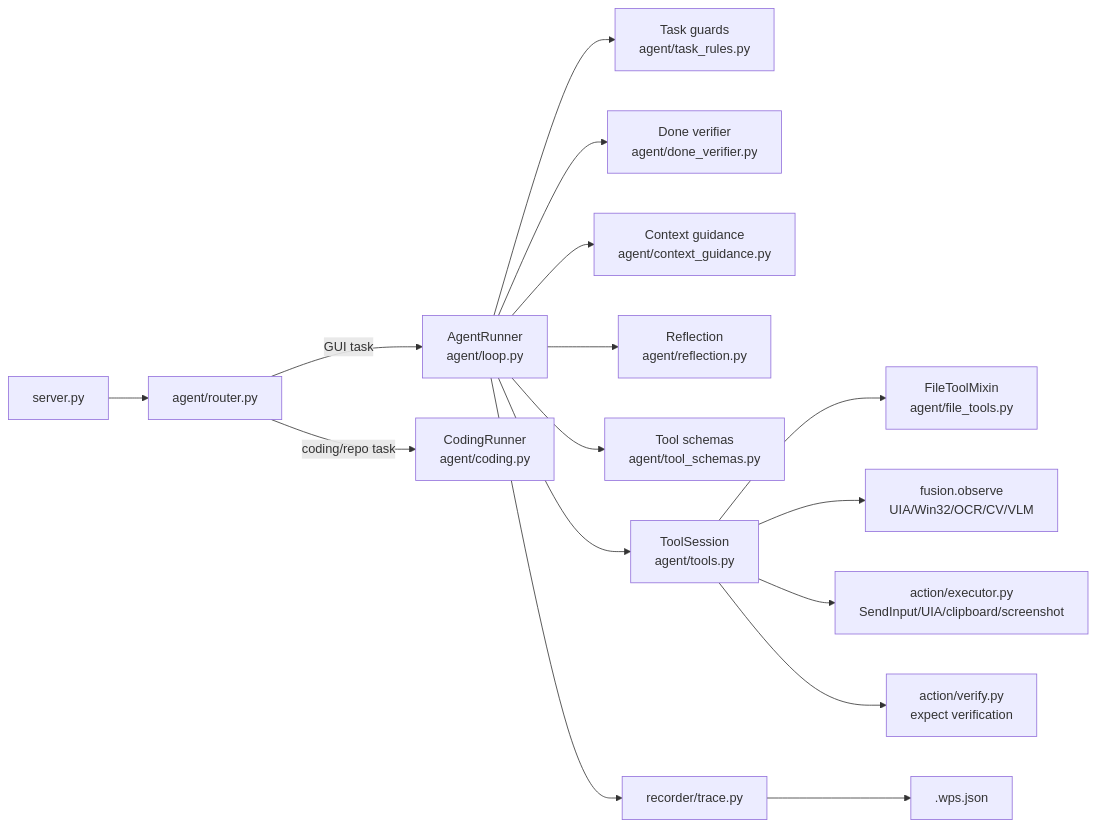
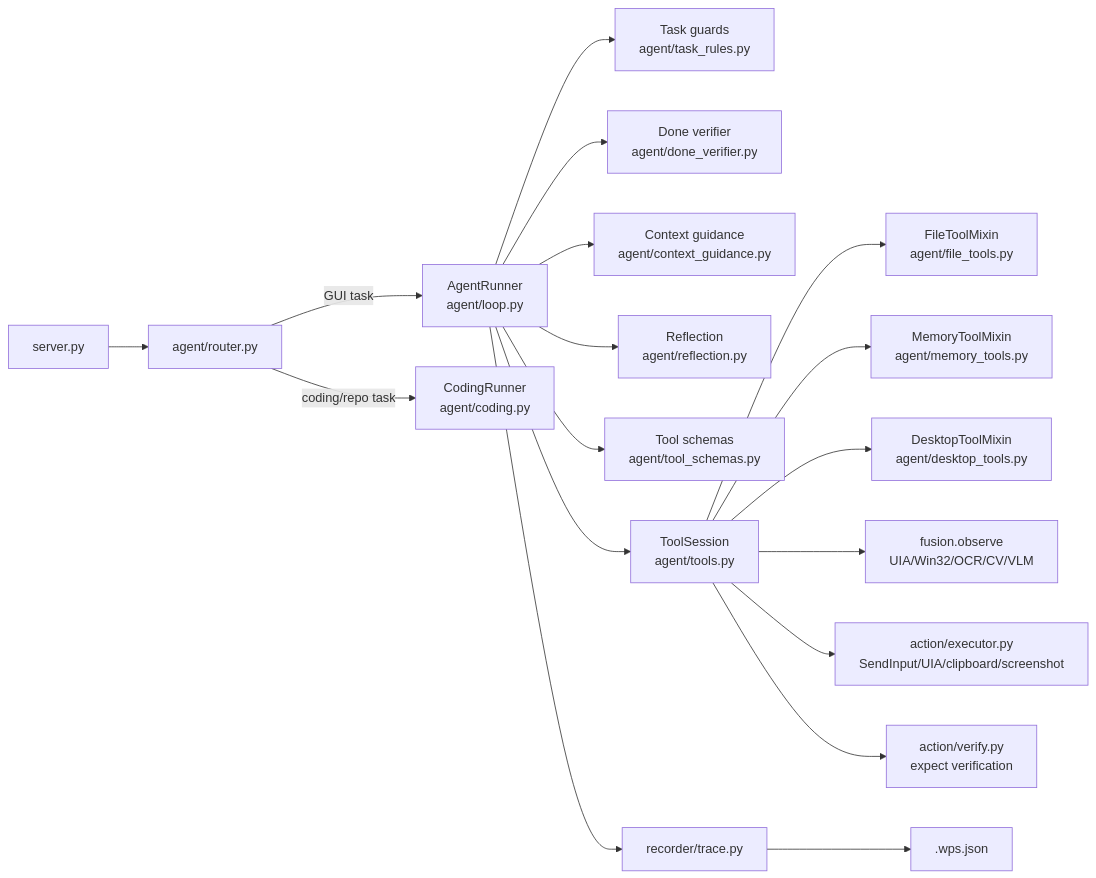
One commit to zoujiapeng/lingdong-script changed the second of 2 diagrams in docs/architecture.md. Above: the diagram before and after it, drawn with Mermaid. The commit also changed other lines of this file and 13 other files, not shown here.

````diff
--- a/docs/architecture.md
+++ b/docs/architecture.md
@@ -40,18 +40,20 @@
 ```mermaid
 flowchart LR
     server["server.py"] --> router["agent/router.py"]
     router -->|"GUI task"| loop["AgentRunner<br/>agent/loop.py"]
     router -->|"coding/repo task"| coding["CodingRunner<br/>agent/coding.py"]
     loop --> rules["Task guards<br/>agent/task_rules.py"]
     loop --> donev["Done verifier<br/>agent/done_verifier.py"]
     loop --> context["Context guidance<br/>agent/context_guidance.py"]
     loop --> reflect["Reflection<br/>agent/reflection.py"]
     loop --> schemas["Tool schemas<br/>agent/tool_schemas.py"]
     loop --> tools["ToolSession<br/>agent/tools.py"]
     tools --> filetools["FileToolMixin<br/>agent/file_tools.py"]
+    tools --> memorytools["MemoryToolMixin<br/>agent/memory_tools.py"]
+    tools --> desktoptools["DesktopToolMixin<br/>agent/desktop_tools.py"]
     tools --> fusion["fusion.observe<br/>UIA/Win32/OCR/CV/VLM"]
     tools --> action["action/executor.py<br/>SendInput/UIA/clipboard/screenshot"]
     tools --> verify["action/verify.py<br/>expect verification"]
     loop --> recorder["recorder/trace.py"]
     recorder --> wps[".wps.json"]
 ```
````
